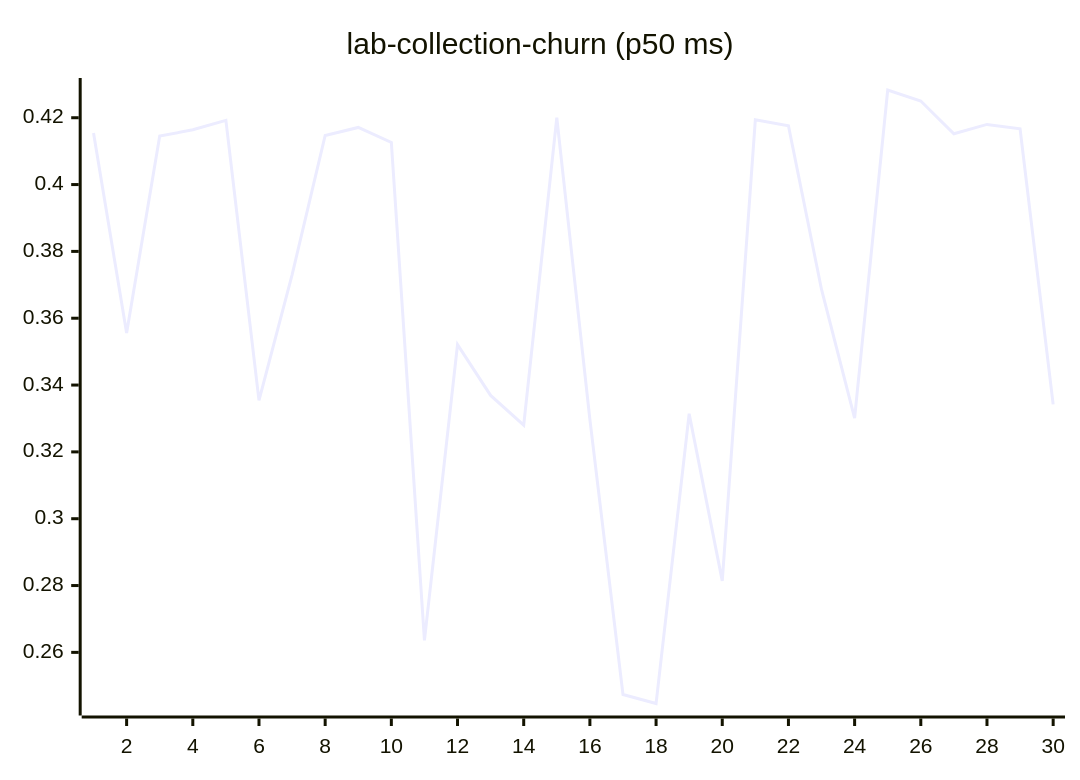
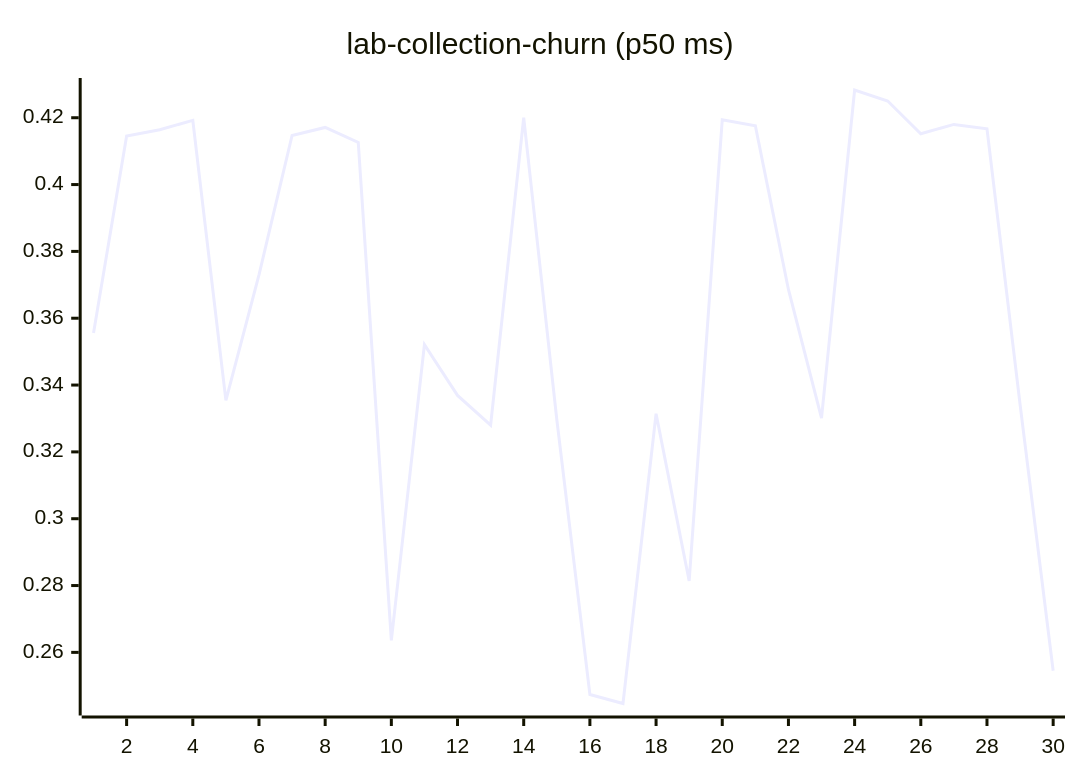
Diagram 11 of 27 in README.md (josha/Facet), drawn with Mermaid before and after one commit. The commit also changed other lines of this file and 2 other files, not shown here.

````diff
--- a/README.md
+++ b/README.md
@@ -133,6 +133,6 @@
 ```mermaid
 xychart-beta
     title "lab-collection-churn (p50 ms)"
     x-axis 1 --> 30
-    line [0.4154, 0.3556, 0.4145, 0.4164, 0.4192, 0.3354, 0.3730, 0.4147, 0.4171, 0.4126, 0.2636, 0.3521, 0.3369, 0.3280, 0.4200, 0.3297, 0.2474, 0.2447, 0.3314, 0.2814, 0.4194, 0.4176, 0.3686, 0.3301, 0.4283, 0.4250, 0.4152, 0.4180, 0.4167, 0.3342]
+    line [0.3556, 0.4145, 0.4164, 0.4192, 0.3354, 0.3730, 0.4147, 0.4171, 0.4126, 0.2636, 0.3521, 0.3369, 0.3280, 0.4200, 0.3297, 0.2474, 0.2447, 0.3314, 0.2814, 0.4194, 0.4176, 0.3686, 0.3301, 0.4283, 0.4250, 0.4152, 0.4180, 0.4167, 0.3342, 0.2545]
 ```
````
